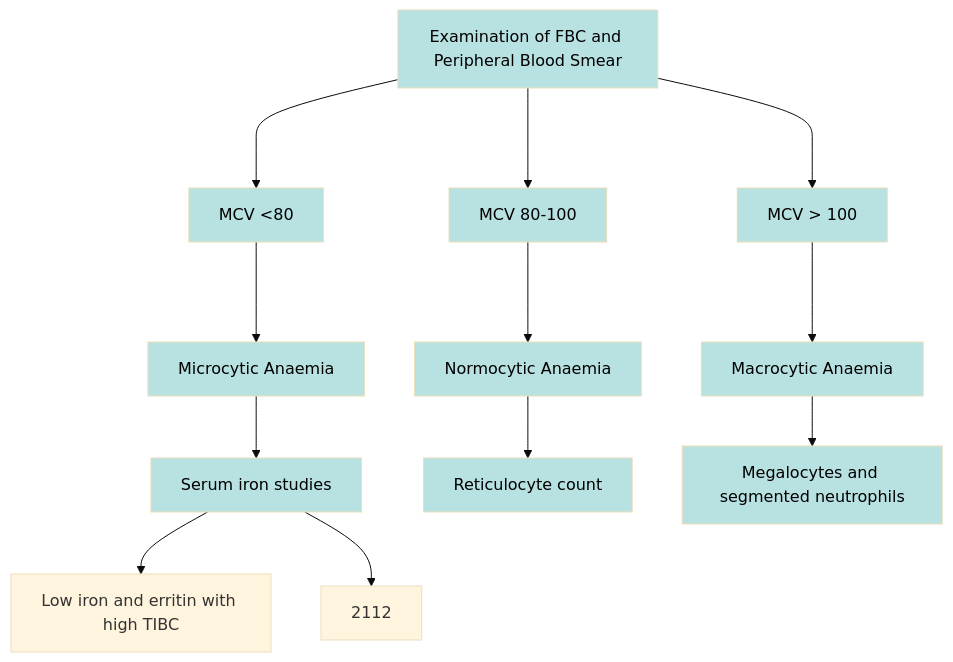
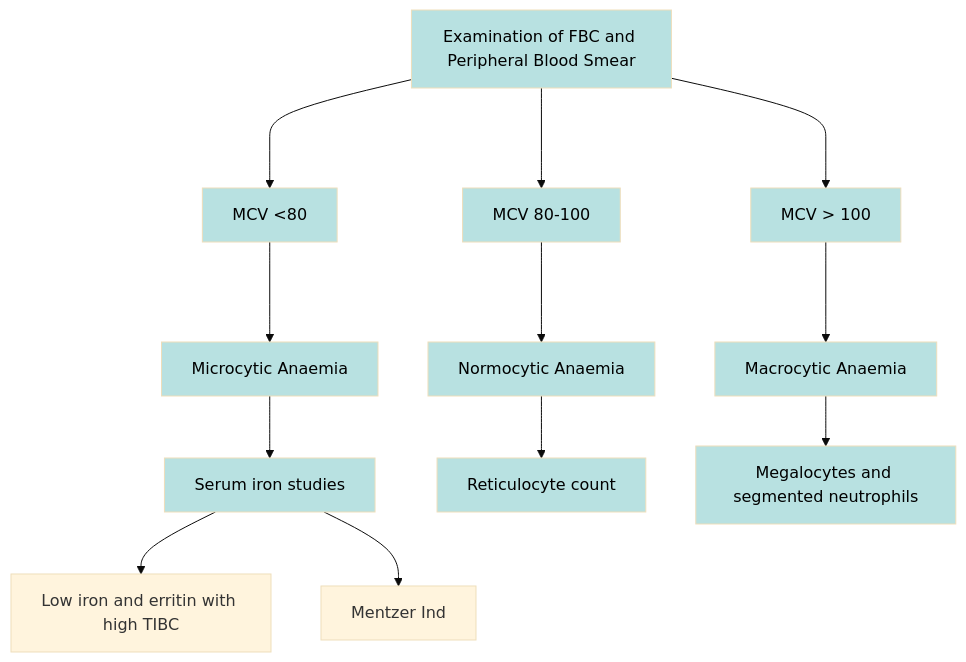
Before and after one commit to Ahsome/NIMA-Notes: the diagram in Med Notes/Diseases/Haem/Anaemia.md, drawn with Mermaid (base theme).

Commit message:
vault backup: 2023-05-12 19:34:02
Affected files:
Med Notes/Diseases/Haem/Anaemia.md

````diff
--- a/Med Notes/Diseases/Haem/Anaemia.md
+++ b/Med Notes/Diseases/Haem/Anaemia.md
@@ -14,35 +14,35 @@
 ```mermaid
 flowchart TB
 1[Examination of FBC and Peripheral Blood Smear]--->2[MCV <80]
 1---> 3[MCV 80-100]
 1--->4[MCV > 100]
 
 2 ---> 21[Microcytic Anaemia]
 3 ---> 31[Normocytic Anaemia]
 4 ---> 41[Macrocytic Anaemia]
 
 21 --> 211[Serum iron studies]
 31 --> 311[Reticulocyte count]
 41 --> 411[Megalocytes and segmented neutrophils]
 
 211 --> 2111[Low iron and erritin with high TIBC]
-211 --> 2112
+211 --> 2112[Mentzer Ind]
 
 class 21 internal-link
 class 31 internal-link
 class 41 internal-link
 
 style 1 fill:#b8e1e1,color:#000000
 style 2 fill:#b8e1e1,color:#000000
 style 3 fill:#b8e1e1,color:#000000
 style 4 fill:#b8e1e1,color:#000000
 
 style 21 fill:#b8e1e1,color:#000000
 style 31 fill:#b8e1e1,color:#000000
 style 41 fill:#b8e1e1,color:#000000
 
 style 211 fill:#b8e1e1,color:#000000
 style 311 fill:#b8e1e1,color:#000000
 style 411 fill:#b8e1e1,color:#000000
 
 ```
````
